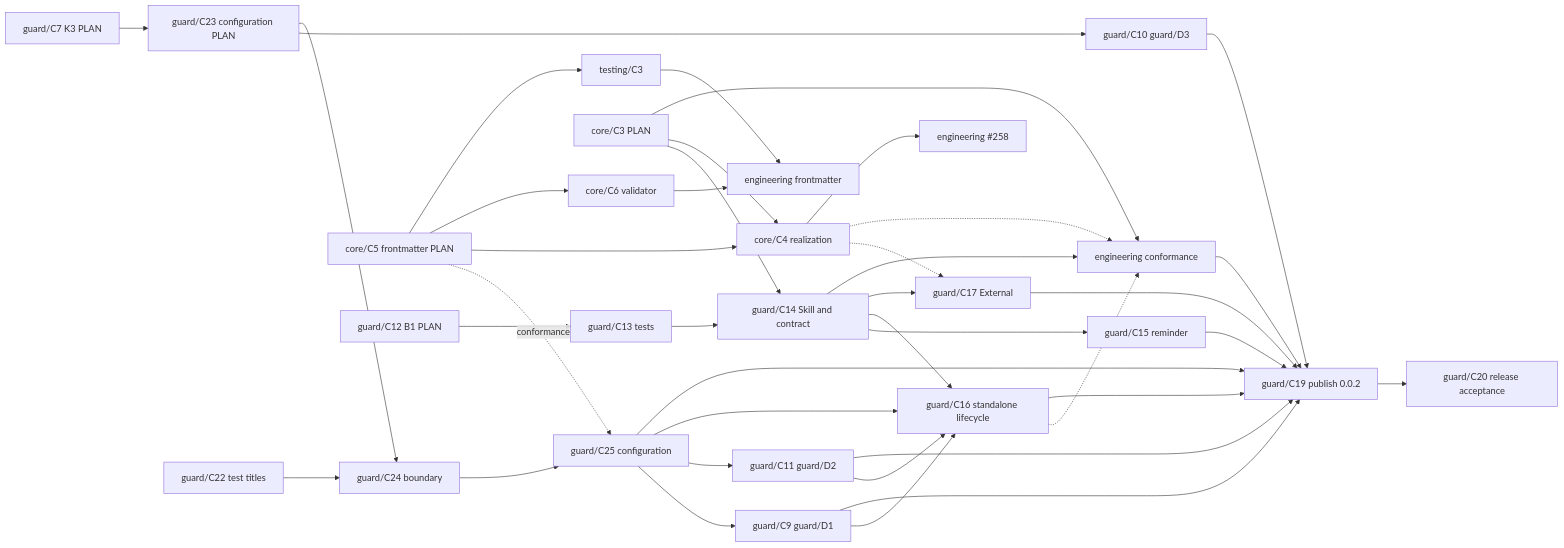
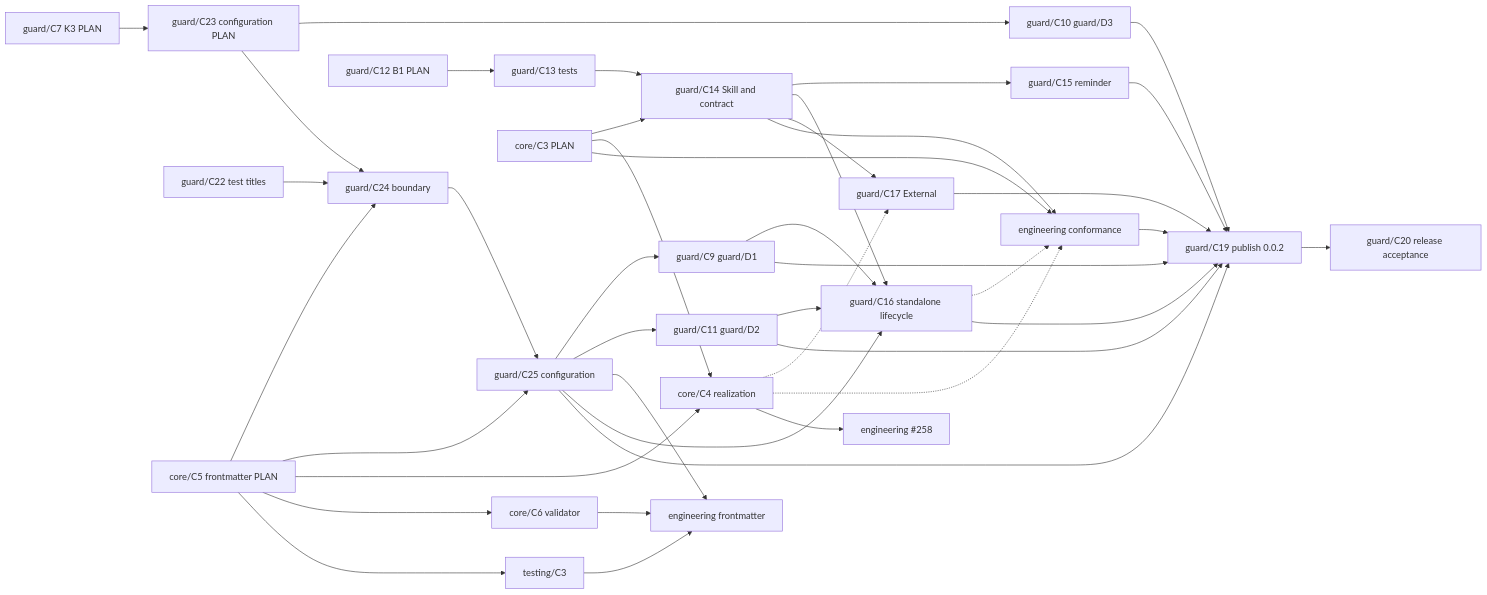
The diagram in engineering/guard/change.md (Kai-Hacks-AI/KAAL), drawn with Mermaid before and after one commit. The commit also changed other lines of this file and 3 other files, not shown here.

````diff
--- a/engineering/guard/change.md
+++ b/engineering/guard/change.md
@@ -171,41 +171,43 @@
 ```mermaid
 graph LR
   C7[guard/C7 K3 PLAN] --> C23[guard/C23 configuration PLAN]
   C25 --> C9[guard/C9 guard/D1]
   C23 --> C10[guard/C10 guard/D3]
   C25 --> C11[guard/C11 guard/D2]
   C22[guard/C22 test titles] --> C24[guard/C24 boundary]
   C23 --> C24
   C24 --> C25[guard/C25 configuration]
-  FM5 -.conformance.-> C25
+  FM5 --> C24
+  FM5 --> C25
+  C25 --> FE
   C12[guard/C12 B1 PLAN] --> C13[guard/C13 tests]
   C13 --> C14[guard/C14 Skill and contract]
   CP[core/C3 PLAN] --> C14
   C14 --> C15[guard/C15 reminder]
   C14 --> C16[guard/C16 standalone lifecycle]
   C25 --> C16
   C9 --> C16
   C11 --> C16
   C14 --> C17[guard/C17 External]
   CP --> CR[core/C4 realization]
   FM5[core/C5 frontmatter PLAN] --> CR
   FM5 --> FM6[core/C6 validator]
   FM5 --> TT[testing/C3]
   FM6 --> FE[engineering frontmatter]
   TT --> FE
   CR -.-> C17
   C14 --> EC[engineering conformance]
   CP --> EC
   C16 -.-> EC
   CR -.-> EC
   CR --> EA[engineering #258]
   C9 --> C19[guard/C19 publish 0.0.2]
   C10 --> C19
   C11 --> C19
   C15 --> C19
   C16 --> C19
   C25 --> C19
   C17 --> C19
   EC --> C19
   C19 --> C20[guard/C20 release acceptance]
 ```
````
